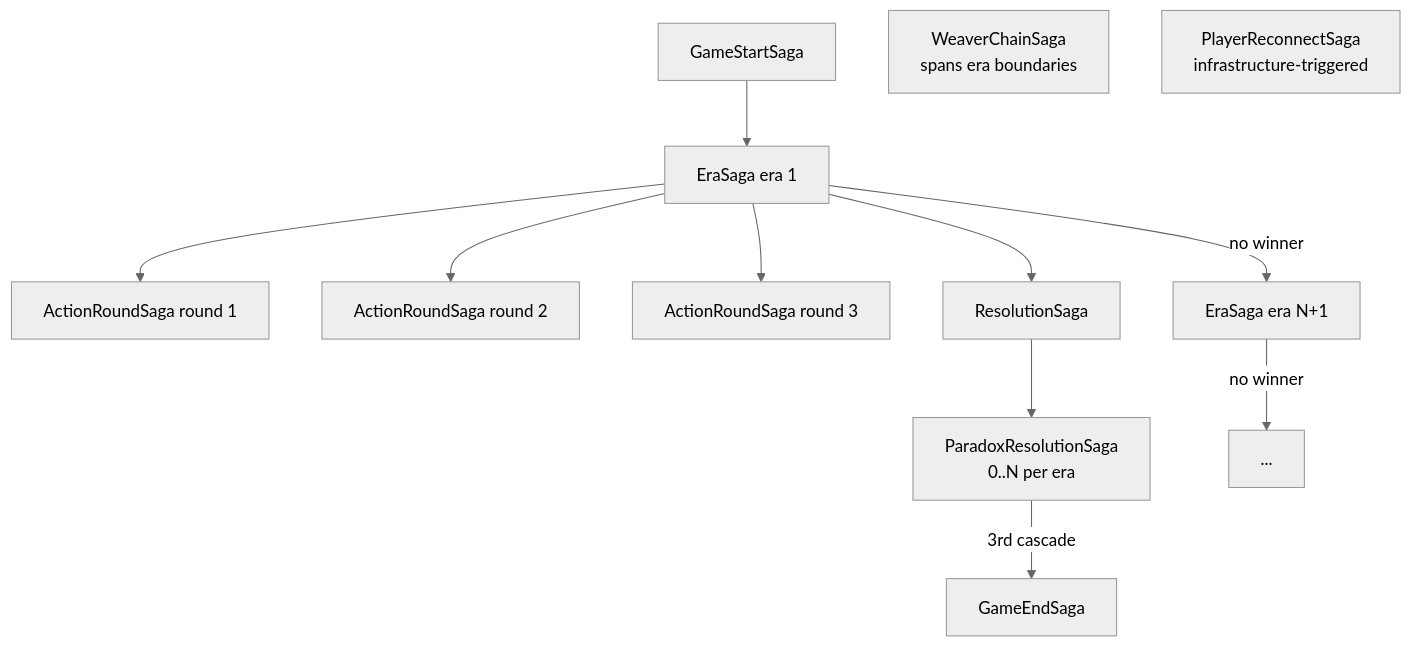
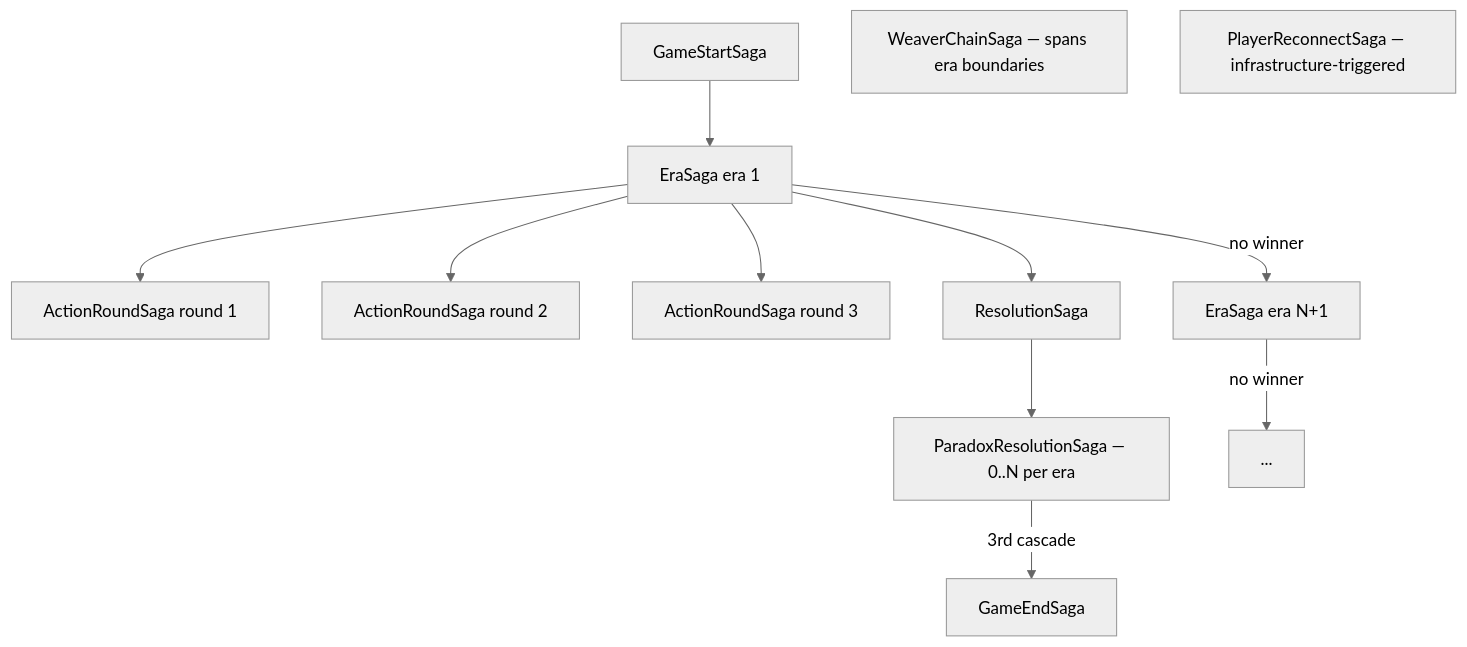
One commit to temporal-rift/docs changed the diagram in sagas/overview.mdx. Above: the diagram before and after it, drawn with Mermaid (neutral theme). The commit also changed 9 other files, not shown here.

First line of the commit message:
fix: replace literal \n in Mermaid node labels with em-dash separator

````diff
--- a/sagas/overview.mdx
+++ b/sagas/overview.mdx
@@ -38,15 +38,15 @@
 ```mermaid
 graph TD
   GS[GameStartSaga] --> E1[EraSaga era 1]
   E1 --> AR1[ActionRoundSaga round 1]
   E1 --> AR2[ActionRoundSaga round 2]
   E1 --> AR3[ActionRoundSaga round 3]
   E1 --> RS[ResolutionSaga]
-  RS --> PR[ParadoxResolutionSaga\n0..N per era]
+  RS --> PR[ParadoxResolutionSaga — 0..N per era]
   PR -->|3rd cascade| GE[GameEndSaga]
   E1 -->|no winner| E2[EraSaga era N+1]
   E2 -->|no winner| EN[...]
 
-  WCS[WeaverChainSaga\nspans era boundaries]
-  PRS[PlayerReconnectSaga\ninfrastructure-triggered]
+  WCS[WeaverChainSaga — spans era boundaries]
+  PRS[PlayerReconnectSaga — infrastructure-triggered]
 ```
````
